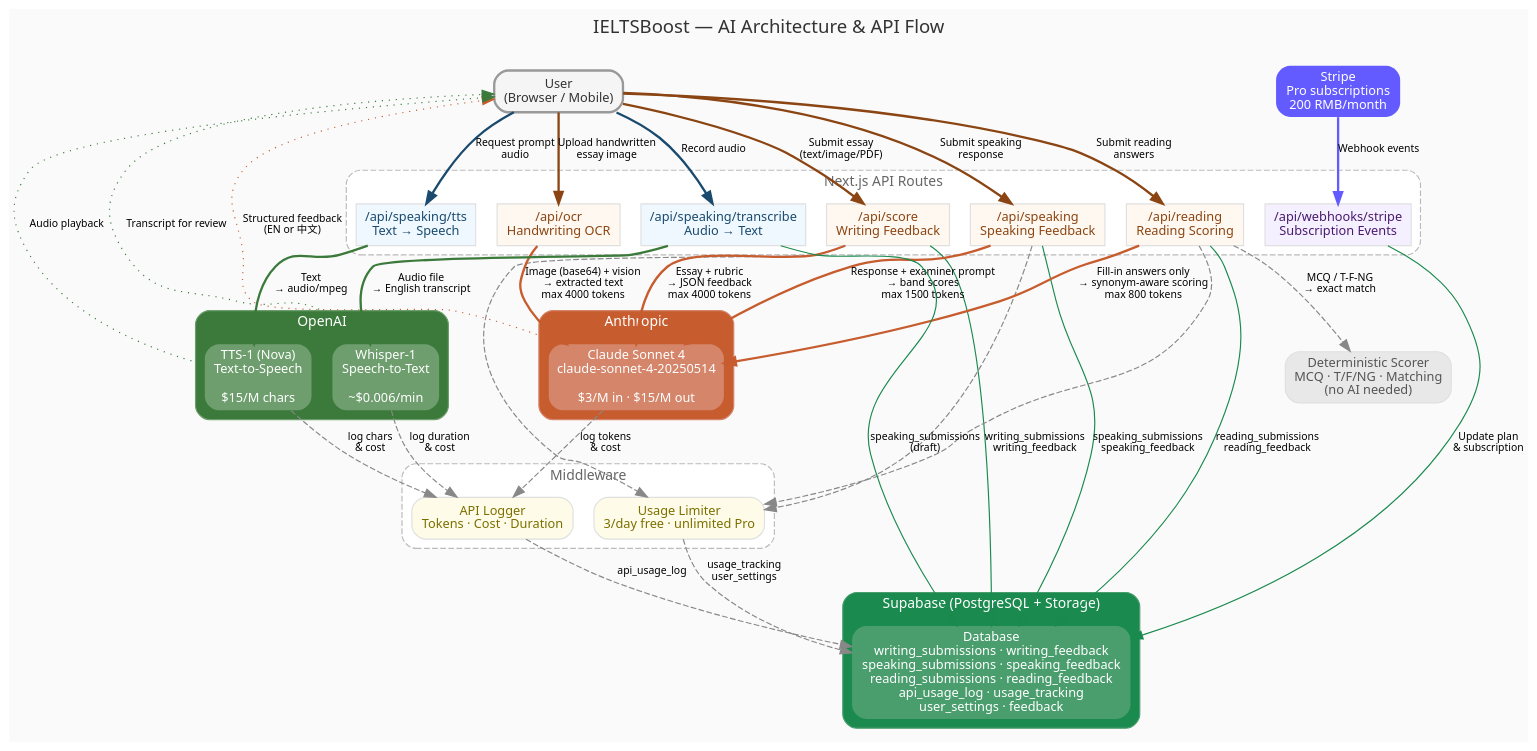
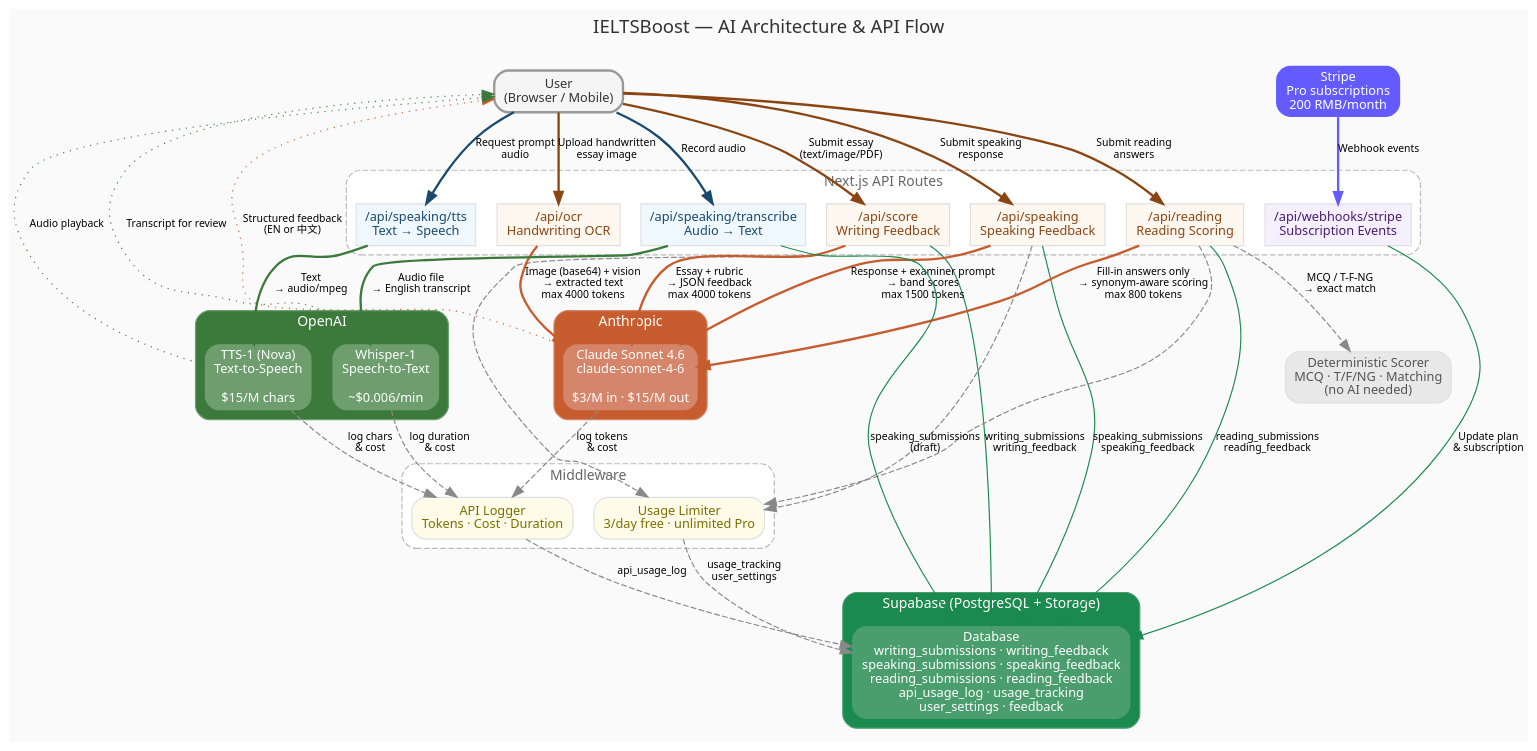
The diagram in docs/architecture.dot (mcastelein/ielts-boost), drawn with Graphviz before and after one commit. The commit also changed 7 other files, not shown here.

First line of the commit message:
fix(ai): migrate retired claude-sonnet-4-20250514 to claude-sonnet-4-6

```diff
--- a/docs/architecture.dot
+++ b/docs/architecture.dot
@@ -1,170 +1,170 @@
 digraph IELTSBoost {
     // Global styling
     rankdir=TB;
     bgcolor="#fafafa";
     fontname="Segoe UI";
     node [fontname="Segoe UI", fontsize=11, style=filled, color="#e0e0e0"];
     edge [fontname="Segoe UI", fontsize=9, color="#888888"];
     label="IELTSBoost — AI Architecture & API Flow\n\n";
     labelloc=t;
     fontsize=16;
     fontcolor="#333333";
 
     // ─── User Entry ───
     user [
         label="User\n(Browser / Mobile)",
         shape=box, style="filled,rounded",
         fillcolor="#f5f5f5", fontcolor="#333333",
         penwidth=2, color="#999999"
     ];
 
     // ─── Next.js API Layer ───
     subgraph cluster_api {
         label="Next.js API Routes";
         style="rounded,dashed";
         color="#bbbbbb";
         fontcolor="#666666";
         fontsize=12;
         bgcolor="#ffffff";
 
         api_score [label="/api/score\nWriting Feedback", shape=box, fillcolor="#fff8f0", fontcolor="#8B4513"];
         api_speaking [label="/api/speaking\nSpeaking Feedback", shape=box, fillcolor="#fff8f0", fontcolor="#8B4513"];
         api_reading [label="/api/reading\nReading Scoring", shape=box, fillcolor="#fff8f0", fontcolor="#8B4513"];
         api_ocr [label="/api/ocr\nHandwriting OCR", shape=box, fillcolor="#fff8f0", fontcolor="#8B4513"];
         api_transcribe [label="/api/speaking/transcribe\nAudio → Text", shape=box, fillcolor="#f0f8ff", fontcolor="#1a4a6e"];
         api_tts [label="/api/speaking/tts\nText → Speech", shape=box, fillcolor="#f0f8ff", fontcolor="#1a4a6e"];
         api_stripe [label="/api/webhooks/stripe\nSubscription Events", shape=box, fillcolor="#f5f0ff", fontcolor="#4a1a6e"];
     }
 
     // ─── Usage & Logging ───
     subgraph cluster_middleware {
         label="Middleware";
         style="rounded,dashed";
         color="#bbbbbb";
         fontcolor="#666666";
         fontsize=12;
         bgcolor="#ffffff";
 
         usage_check [label="Usage Limiter\n3/day free · unlimited Pro", shape=box, style="filled,rounded", fillcolor="#fefce8", fontcolor="#7c6f00"];
         api_logger [label="API Logger\nTokens · Cost · Duration", shape=box, style="filled,rounded", fillcolor="#fefce8", fontcolor="#7c6f00"];
     }
 
     // ─── AI Models ───
     subgraph cluster_anthropic {
         label="Anthropic";
         style="filled,rounded";
         color="#d4856a";
         fillcolor="#c75c2e";
         fontcolor="#ffffff";
         fontsize=12;
 
         claude [
-            label="Claude Sonnet 4\nclaude-sonnet-4-20250514\n\n$3/M in · $15/M out",
+            label="Claude Sonnet 4.6\nclaude-sonnet-4-6\n\n$3/M in · $15/M out",
             shape=box, style="filled,rounded",
             fillcolor="#d4856a", fontcolor="#ffffff",
             penwidth=0
         ];
     }
 
     subgraph cluster_openai {
         label="OpenAI";
         style="filled,rounded";
         color="#6e9e6e";
         fillcolor="#3b7a3b";
         fontcolor="#ffffff";
         fontsize=12;
 
         whisper [
             label="Whisper-1\nSpeech-to-Text\n\n~$0.006/min",
             shape=box, style="filled,rounded",
             fillcolor="#6e9e6e", fontcolor="#ffffff",
             penwidth=0
         ];
         tts [
             label="TTS-1 (Nova)\nText-to-Speech\n\n$15/M chars",
             shape=box, style="filled,rounded",
             fillcolor="#6e9e6e", fontcolor="#ffffff",
             penwidth=0
         ];
     }
 
     // ─── Supabase ───
     subgraph cluster_supabase {
         label="Supabase (PostgreSQL + Storage)";
         style="filled,rounded";
         color="#4a9e6e";
         fillcolor="#1a8a4e";
         fontcolor="#ffffff";
         fontsize=12;
 
         db [
             label="Database\nwriting_submissions · writing_feedback\nspeaking_submissions · speaking_feedback\nreading_submissions · reading_feedback\napi_usage_log · usage_tracking\nuser_settings · feedback",
             shape=box, style="filled,rounded",
             fillcolor="#4a9e6e", fontcolor="#ffffff",
             penwidth=0
         ];
     }
 
     // ─── Stripe ───
     stripe [
         label="Stripe\nPro subscriptions\n200 RMB/month",
         shape=box, style="filled,rounded",
         fillcolor="#635bff", fontcolor="#ffffff",
         penwidth=0
     ];
 
     // ─── Deterministic ───
     deterministic [
         label="Deterministic Scorer\nMCQ · T/F/NG · Matching\n(no AI needed)",
         shape=box, style="filled,rounded",
         fillcolor="#e8e8e8", fontcolor="#555555"
     ];
 
     // ═══ EDGES ═══
 
     // User → API routes
     user -> api_score [label="Submit essay\n(text/image/PDF)", style=bold, color="#8B4513"];
     user -> api_speaking [label="Submit speaking\nresponse", style=bold, color="#8B4513"];
     user -> api_reading [label="Submit reading\nanswers", style=bold, color="#8B4513"];
     user -> api_ocr [label="Upload handwritten\nessay image", style=bold, color="#8B4513"];
     user -> api_transcribe [label="Record audio", style=bold, color="#1a4a6e"];
     user -> api_tts [label="Request prompt\naudio", style=bold, color="#1a4a6e"];
 
     // All AI routes → usage check
     api_score -> usage_check [style=dashed];
     api_speaking -> usage_check [style=dashed];
     api_reading -> usage_check [style=dashed];
 
     // API routes → Claude
     api_score -> claude [label="Essay + rubric\n→ JSON feedback\nmax 4000 tokens", color="#c75c2e", style=bold];
     api_speaking -> claude [label="Response + examiner prompt\n→ band scores\nmax 1500 tokens", color="#c75c2e", style=bold];
     api_reading -> claude [label="Fill-in answers only\n→ synonym-aware scoring\nmax 800 tokens", color="#c75c2e", style=bold];
     api_reading -> deterministic [label="MCQ / T-F-NG\n→ exact match", style=dashed];
     api_ocr -> claude [label="Image (base64) + vision\n→ extracted text\nmax 4000 tokens", color="#c75c2e", style=bold];
 
     // API routes → OpenAI
     api_transcribe -> whisper [label="Audio file\n→ English transcript", color="#3b7a3b", style=bold];
     api_tts -> tts [label="Text\n→ audio/mpeg", color="#3b7a3b", style=bold];
 
     // All AI calls → logger
     claude -> api_logger [style=dashed, label="log tokens\n& cost"];
     whisper -> api_logger [style=dashed, label="log duration\n& cost"];
     tts -> api_logger [style=dashed, label="log chars\n& cost"];
 
     // Everything → Supabase
     api_logger -> db [label="api_usage_log", style=dashed];
     usage_check -> db [label="usage_tracking\nuser_settings", style=dashed];
     api_score -> db [label="writing_submissions\nwriting_feedback", color="#1a8a4e"];
     api_speaking -> db [label="speaking_submissions\nspeaking_feedback", color="#1a8a4e"];
     api_reading -> db [label="reading_submissions\nreading_feedback", color="#1a8a4e"];
     api_transcribe -> db [label="speaking_submissions\n(draft)", color="#1a8a4e"];
 
     // Stripe
     stripe -> api_stripe [label="Webhook events", color="#635bff", style=bold];
     api_stripe -> db [label="Update plan\n& subscription", color="#1a8a4e"];
 
     // Return to user
     claude -> user [label="Structured feedback\n(EN or 中文)", style=dotted, color="#c75c2e"];
     whisper -> user [label="Transcript for review", style=dotted, color="#3b7a3b"];
     tts -> user [label="Audio playback", style=dotted, color="#3b7a3b"];
 }
```
